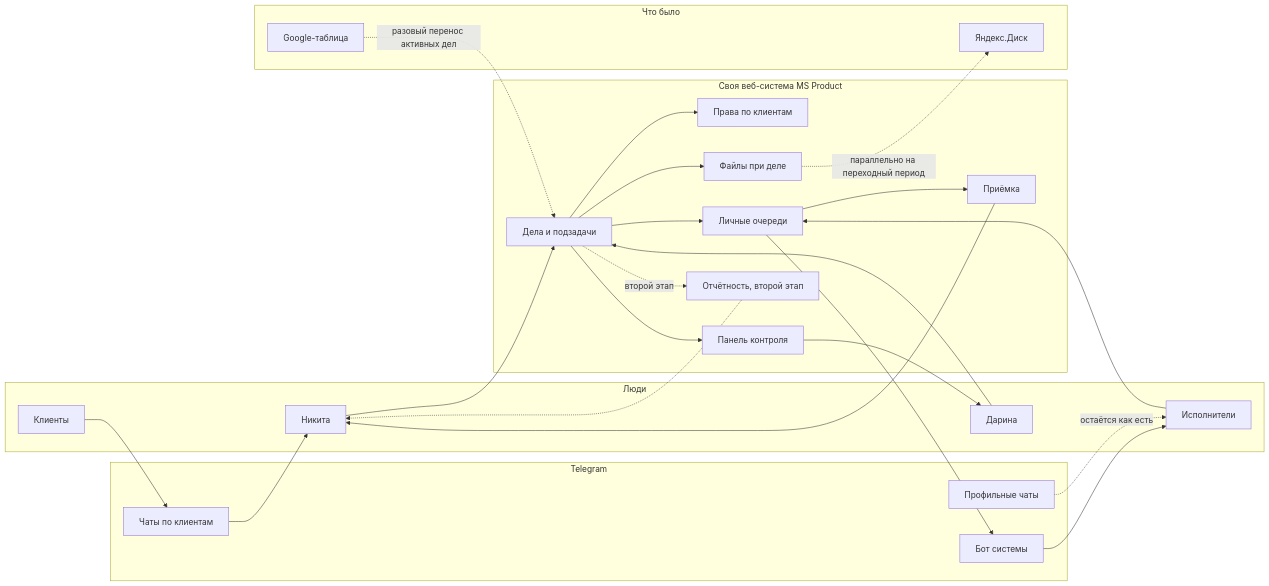
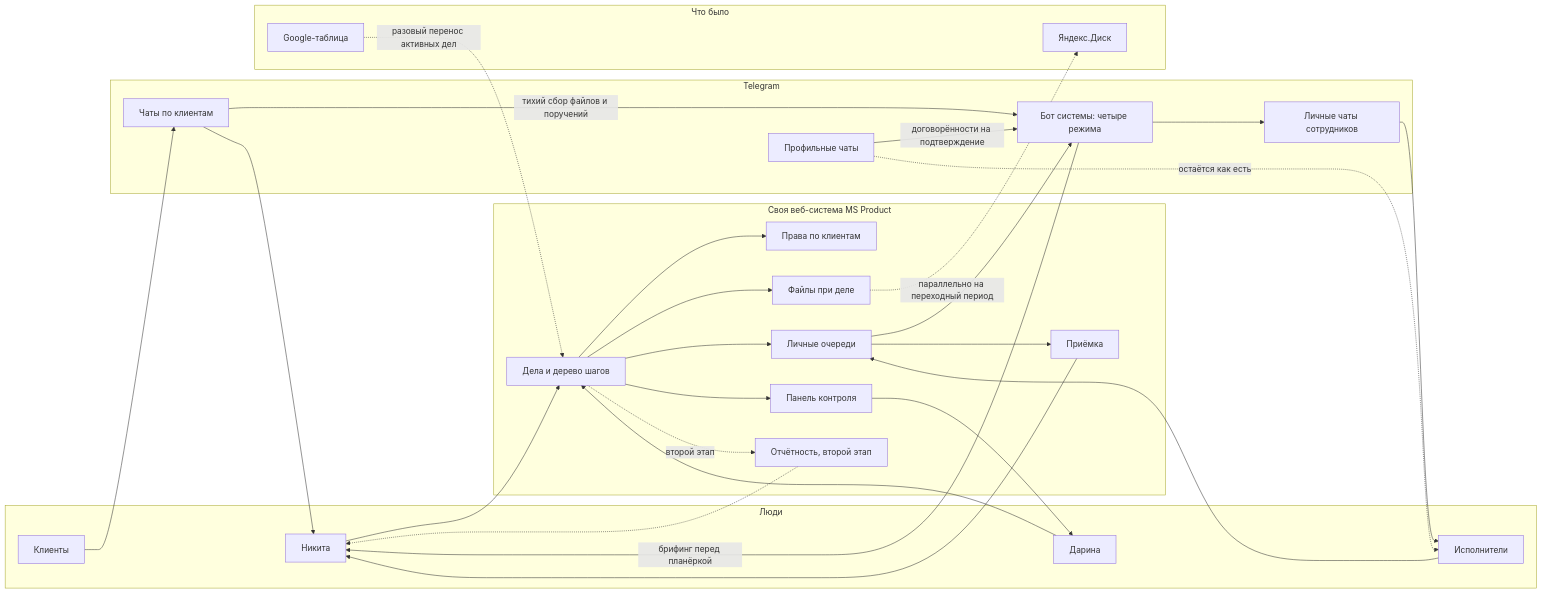
One commit to maxshlykov24-creator/msp changed the diagram in 2. БИЗНЕС/04_Производство/Лиды/HIDE/02_Знание/ИНТЕГРАЦИОННАЯ_КАРТА.md. Above: the diagram before and after it, drawn with Mermaid. The commit also changed other lines of this file and 4 other files, not shown here.

````diff
--- a/2. БИЗНЕС/04_Производство/Лиды/HIDE/02_Знание/ИНТЕГРАЦИОННАЯ_КАРТА.md
+++ b/2. БИЗНЕС/04_Производство/Лиды/HIDE/02_Знание/ИНТЕГРАЦИОННАЯ_КАРТА.md
@@ -13,50 +13,55 @@
 ```mermaid
 flowchart LR
   subgraph ext ["Люди"]
     Clients["Клиенты"]
     NikitaP["Никита"]
     DarinaP["Дарина"]
     TeamP["Исполнители"]
   end
 
   subgraph tg ["Telegram"]
     ChatsClient["Чаты по клиентам"]
     ChatsProf["Профильные чаты"]
-    Bot["Бот системы"]
+    Lichka["Личные чаты сотрудников"]
+    Bot["Бот системы: четыре режима"]
   end
 
   subgraph sys ["Своя веб-система MS Product"]
-    Dela["Дела и подзадачи"]
+    Dela["Дела и дерево шагов"]
     Rights["Права по клиентам"]
     Queue["Личные очереди"]
     Priem["Приёмка"]
     Panel["Панель контроля"]
     Files["Файлы при деле"]
     Rep["Отчётность, второй этап"]
   end
 
   subgraph old ["Что было"]
     Sheet["Google-таблица"]
     Disk["Яндекс.Диск"]
   end
 
   Clients --> ChatsClient
   ChatsClient --> NikitaP
   NikitaP --> Dela
   DarinaP --> Dela
   TeamP --> Queue
   Dela --> Rights
   Dela --> Queue
   Queue --> Bot
-  Bot --> TeamP
+  Bot --> Lichka
+  Lichka --> TeamP
+  ChatsClient -->|"тихий сбор файлов и поручений"| Bot
+  ChatsProf -->|"договорённости на подтверждение"| Bot
+  Bot -->|"брифинг перед планёркой"| NikitaP
   Queue --> Priem
   Priem --> NikitaP
   Dela --> Panel
   Panel --> DarinaP
   Dela --> Files
   Files -.->|"параллельно на переходный период"| Disk
   Sheet -.->|"разовый перенос активных дел"| Dela
   Dela -.->|"второй этап"| Rep
   Rep -.-> NikitaP
   ChatsProf -.->|"остаётся как есть"| TeamP
 ```
````
